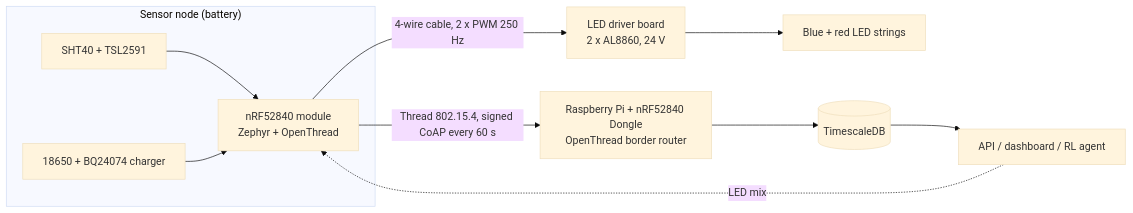
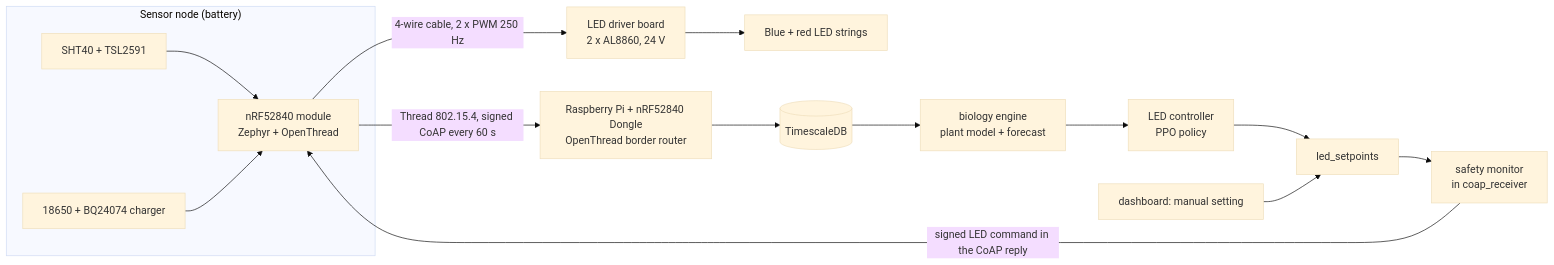
One commit to johnnietse/strawberry-farm changed the diagram in README.md. Above: the diagram before and after it, drawn with Mermaid (base theme). The commit also changed other lines of this file and 55 other files, not shown here.

````diff
--- a/README.md
+++ b/README.md
@@ -48,13 +48,17 @@
 ```mermaid
 graph LR
     subgraph Node["Sensor node (battery)"]
         S[SHT40 + TSL2591] --> M[nRF52840 module<br/>Zephyr + OpenThread]
         B[18650 + BQ24074 charger] --> M
     end
     M -- "4-wire cable, 2 x PWM 250 Hz" --> L[LED driver board<br/>2 x AL8860, 24 V]
     L --> LED[Blue + red LED strings]
     M -- "Thread 802.15.4, signed CoAP every 60 s" --> R[Raspberry Pi + nRF52840 Dongle<br/>OpenThread border router]
     R --> DB[(TimescaleDB)]
-    DB --> A[API / dashboard / RL agent]
-    A -. "LED mix" .-> M
+    DB --> BIO[biology engine<br/>plant model + forecast]
+    BIO --> CTL[LED controller<br/>PPO policy]
+    CTL --> SP[led_setpoints]
+    UI[dashboard: manual setting] --> SP
+    SP --> SAFE[safety monitor<br/>in coap_receiver]
+    SAFE -- "signed LED command in the CoAP reply" --> M
 ```
````
